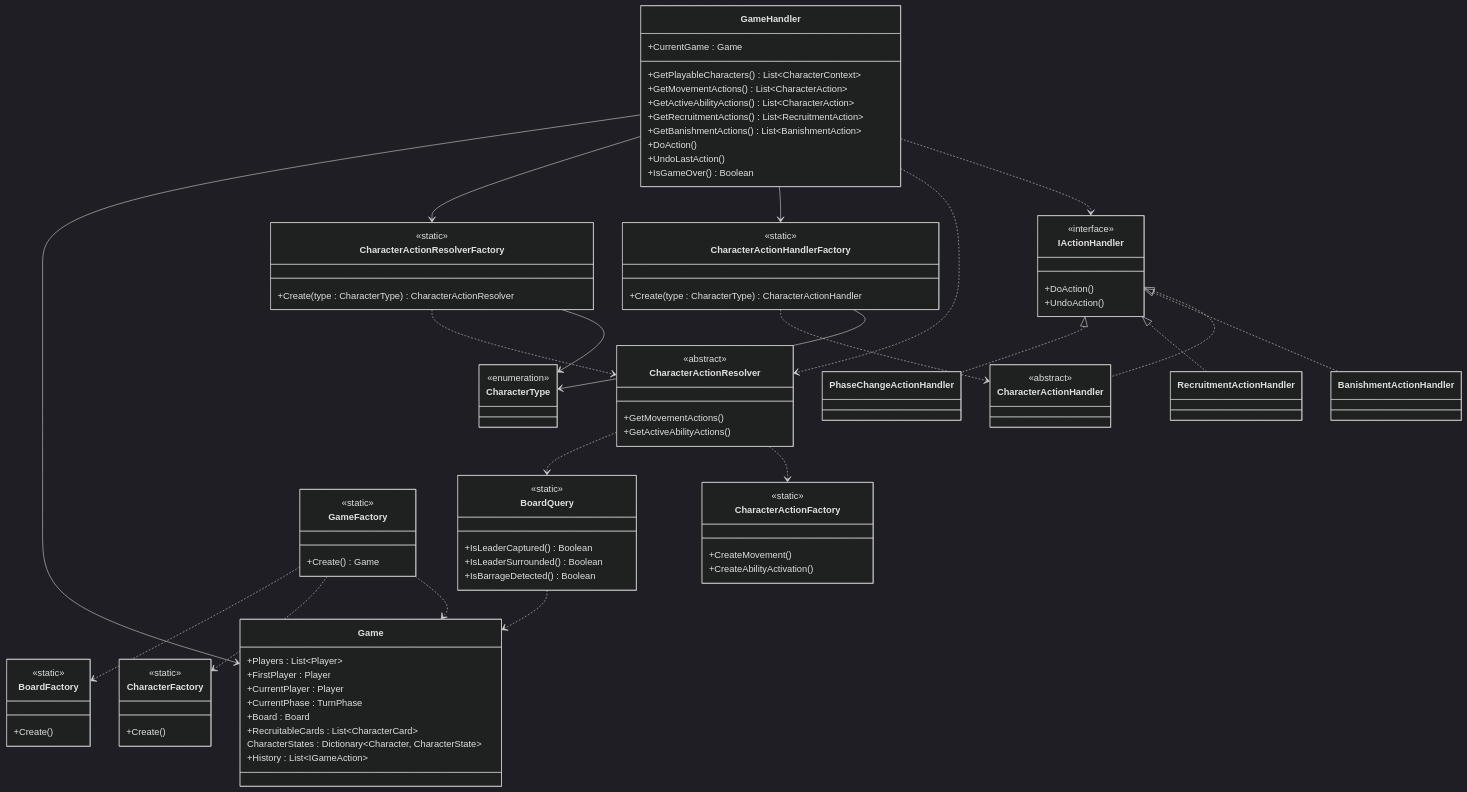
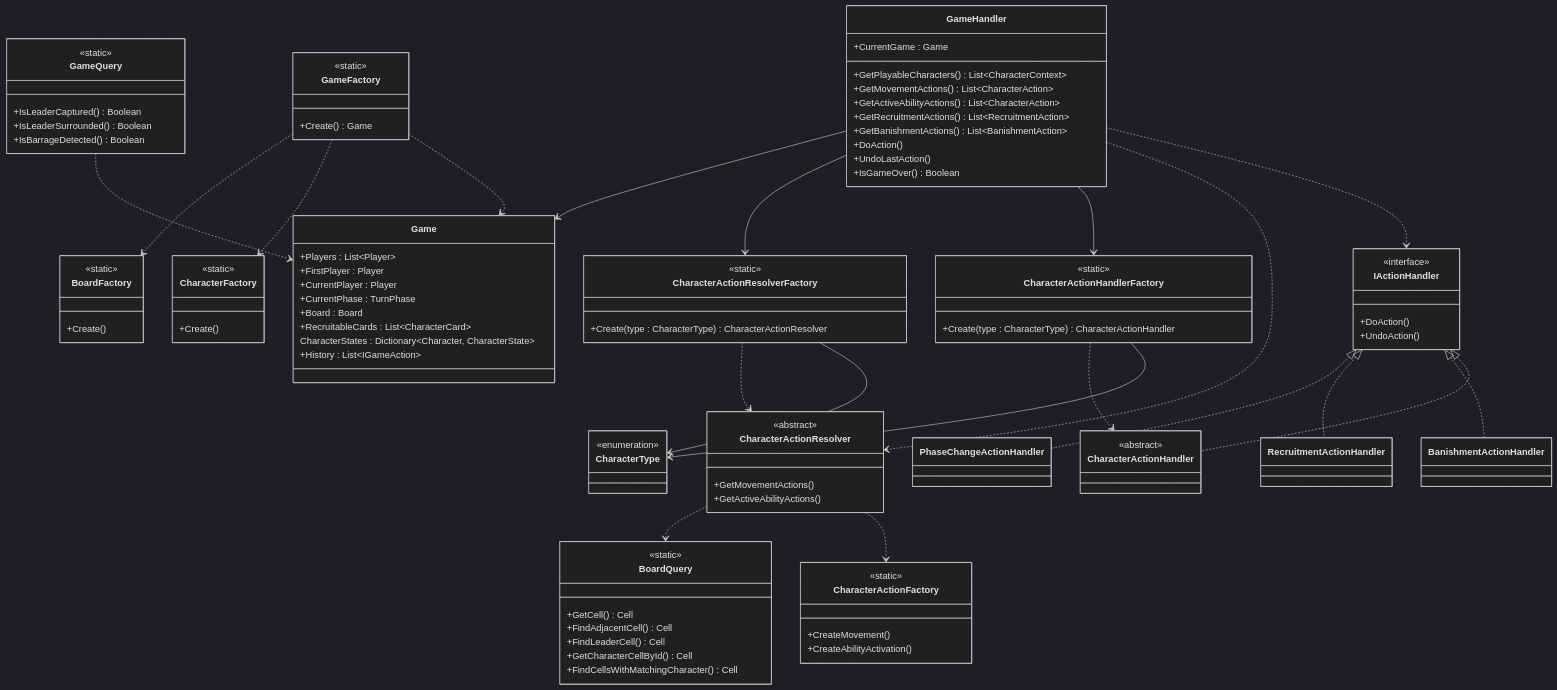
Before and after one commit to PaulRosselle/leaders_board_game: the diagram in docs/GameLogic/uml_logic_gamelogic.mmd, drawn with Mermaid (dark theme). The commit also changed 2 other files, not shown here.

Commit message:
GameQuery class added

```diff
--- a/docs/GameLogic/uml_logic_gamelogic.mmd
+++ b/docs/GameLogic/uml_logic_gamelogic.mmd
@@ -1,116 +1,125 @@
 classDiagram
     direction TB
 
     %% Enums
     class CharacterType {
         <<enumeration>>
     }
 
     %% Game
     class Game {
         +Players : List~Player~
         +FirstPlayer : Player
         +CurrentPlayer : Player
         +CurrentPhase : TurnPhase
         +Board : Board
         +RecruitableCards : List~CharacterCard~
         CharacterStates : Dictionary~Character, CharacterState~
         +History : List~IGameAction~
     }
 
     %% Handlers
     class IActionHandler {
         <<interface>>
         +DoAction()
         +UndoAction()
     }
     class PhaseChangeActionHandler
     class RecruitmentActionHandler
     class BanishmentActionHandler
     class CharacterActionHandler {
         <<abstract>>
     }
 
     %% Resolvers
     class CharacterActionResolver {
         <<abstract>>
         +GetMovementActions()
         +GetActiveAbilityActions()
     }
 
     %% Query
     class BoardQuery {
+        <<static>>
+        +GetCell() Cell
+        +FindAdjacentCell() Cell
+        +FindLeaderCell() Cell
+        +GetCharacterCellById() Cell
+        +FindCellsWithMatchingCharacter() Cell
+    }
+
+    class GameQuery {
         <<static>>
         +IsLeaderCaptured() Boolean
         +IsLeaderSurrounded() Boolean
         +IsBarrageDetected() Boolean
     }
 
     %% Factories
     class BoardFactory {
         <<static>>
         +Create()
     }
     class GameFactory {
         <<static>>
         +Create() Game
     }
     class CharacterFactory {
         <<static>>
         +Create()
     }
     class CharacterActionFactory {
         <<static>>
         +CreateMovement()
         +CreateAbilityActivation()
     }
     class CharacterActionResolverFactory {
         <<static>>
         +Create(type : CharacterType) CharacterActionResolver
     }
     class CharacterActionHandlerFactory {
         <<static>>
         +Create(type : CharacterType) CharacterActionHandler
     }
 
     %% GameHandler
     class GameHandler {
         +CurrentGame : Game
         +GetPlayableCharacters() List~CharacterContext~
         +GetMovementActions() List~CharacterAction~
         +GetActiveAbilityActions() List~CharacterAction~
         +GetRecruitmentActions() List~RecruitmentAction~
         +GetBanishmentActions() List~BanishmentAction~
         +DoAction()
         +UndoLastAction()
         +IsGameOver() Boolean
     }
 
     %% Héritage handlers
     IActionHandler <|.. PhaseChangeActionHandler
     IActionHandler <|.. RecruitmentActionHandler
     IActionHandler <|.. BanishmentActionHandler
     IActionHandler <|.. CharacterActionHandler
 
     %% GameFactory produit Game
     GameFactory ..> BoardFactory
     GameFactory ..> CharacterFactory
     GameFactory ..> Game
 
     %% GameHandler
     GameHandler --> Game
     GameHandler --> CharacterActionResolverFactory
     GameHandler --> CharacterActionHandlerFactory
     GameHandler ..> CharacterActionResolver
     GameHandler ..> IActionHandler
 
     %% Resolver
     CharacterActionResolver ..> BoardQuery
     CharacterActionResolver ..> CharacterActionFactory
     CharacterActionResolverFactory ..> CharacterActionResolver
     CharacterActionResolverFactory --> CharacterType
     CharacterActionHandlerFactory ..> CharacterActionHandler
     CharacterActionHandlerFactory --> CharacterType
 
-    %% BoardQuery
-    BoardQuery ..> Game
+    %% GameQuery
+    GameQuery ..> Game
```
